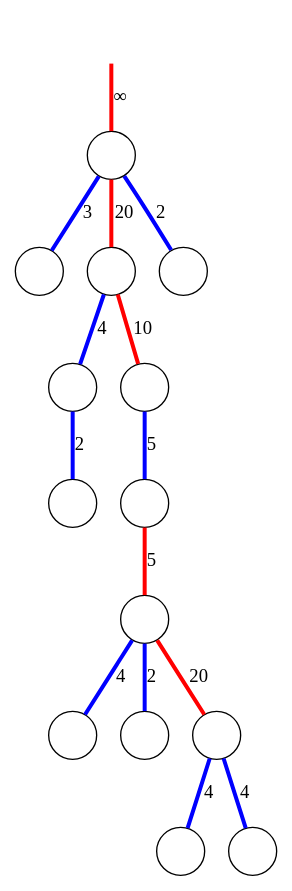
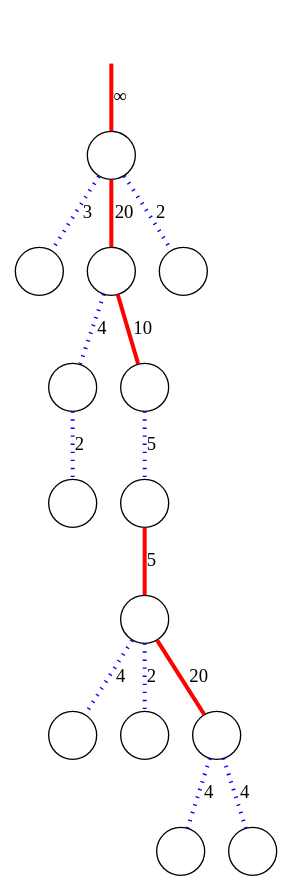
One commit to sgolodetz/waterfallpaper changed the diagram in graphs/example-h.gv. Above: the diagram before and after it, drawn with Graphviz. The commit also changed 17 other files, not shown here.

```diff
--- a/graphs/example-h.gv
+++ b/graphs/example-h.gv
@@ -1,22 +1,22 @@
 digraph
 {
 	node [shape=circle, label=""];
 	edge [dir=both, arrowtail=none, arrowhead=none, penwidth=3];
 
-	r -> n00 [label="&infin;", color=red];
-	n00 -> n10 [label=3, color=blue];
-	n00 -> n11 [label=20, color=red];
-	n00 -> n12 [label=2, color=blue];
-	n11 -> n20 [label=4, color=blue];
-	n11 -> n21 [label=10, color=red];
-	n20 -> n30 [label=2, color=blue];
-	n21 -> n31 [label=5, color=blue];
-	n31 -> n40 [label=5, color=red];
-	n40 -> n50 [label=4, color=blue];
-	n40 -> n51 [label=2, color=blue];
-	n40 -> n52 [label=20, color=red];
-	n52 -> n60 [label=4, color=blue];
-	n52 -> n61 [label=4, color=blue];
+	r -> n00 [label="&infin;", color=red, style=bold];
+	n00 -> n10 [label=3, color=blue, style=dotted];
+	n00 -> n11 [label=20, color=red, style=bold];
+	n00 -> n12 [label=2, color=blue, style=dotted];
+	n11 -> n20 [label=4, color=blue, style=dotted];
+	n11 -> n21 [label=10, color=red, style=bold];
+	n20 -> n30 [label=2, color=blue, style=dotted];
+	n21 -> n31 [label=5, color=blue, style=dotted];
+	n31 -> n40 [label=5, color=red, style=bold];
+	n40 -> n50 [label=4, color=blue, style=dotted];
+	n40 -> n51 [label=2, color=blue, style=dotted];
+	n40 -> n52 [label=20, color=red, style=bold];
+	n52 -> n60 [label=4, color=blue, style=dotted];
+	n52 -> n61 [label=4, color=blue, style=dotted];
 
 	r [style=invisible];
 }
```
